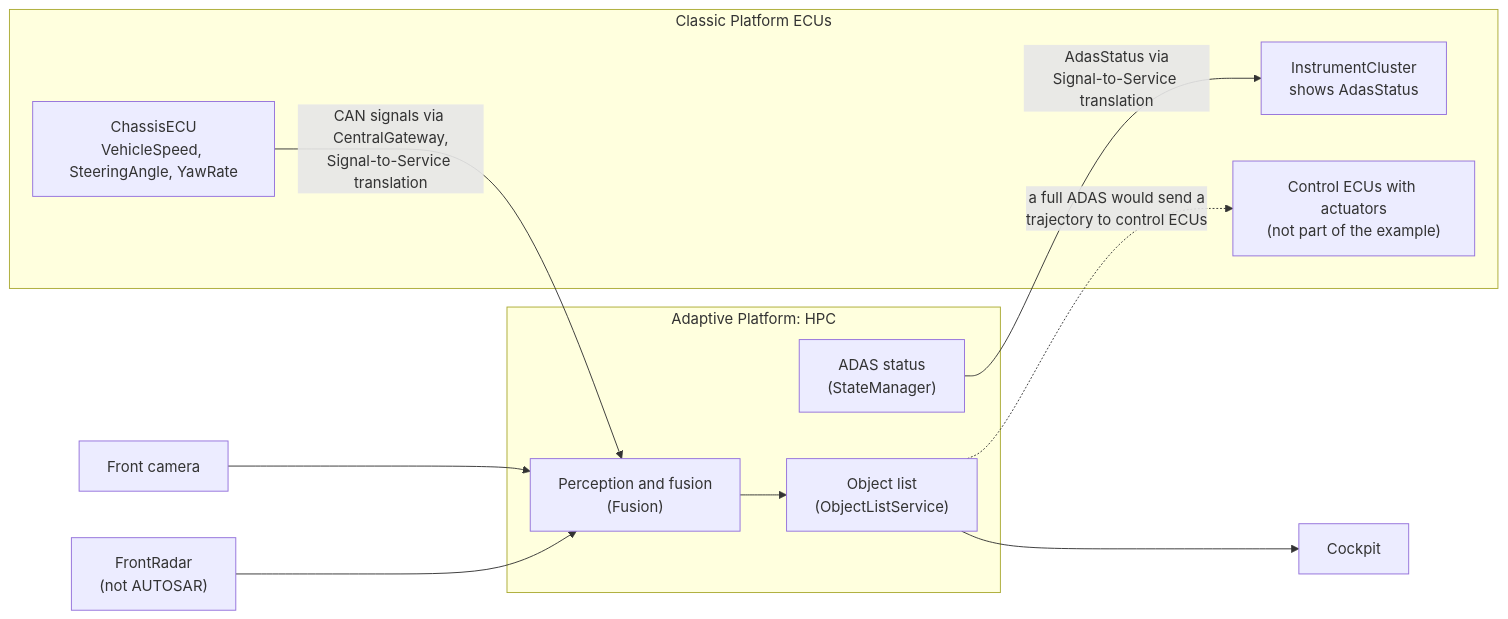
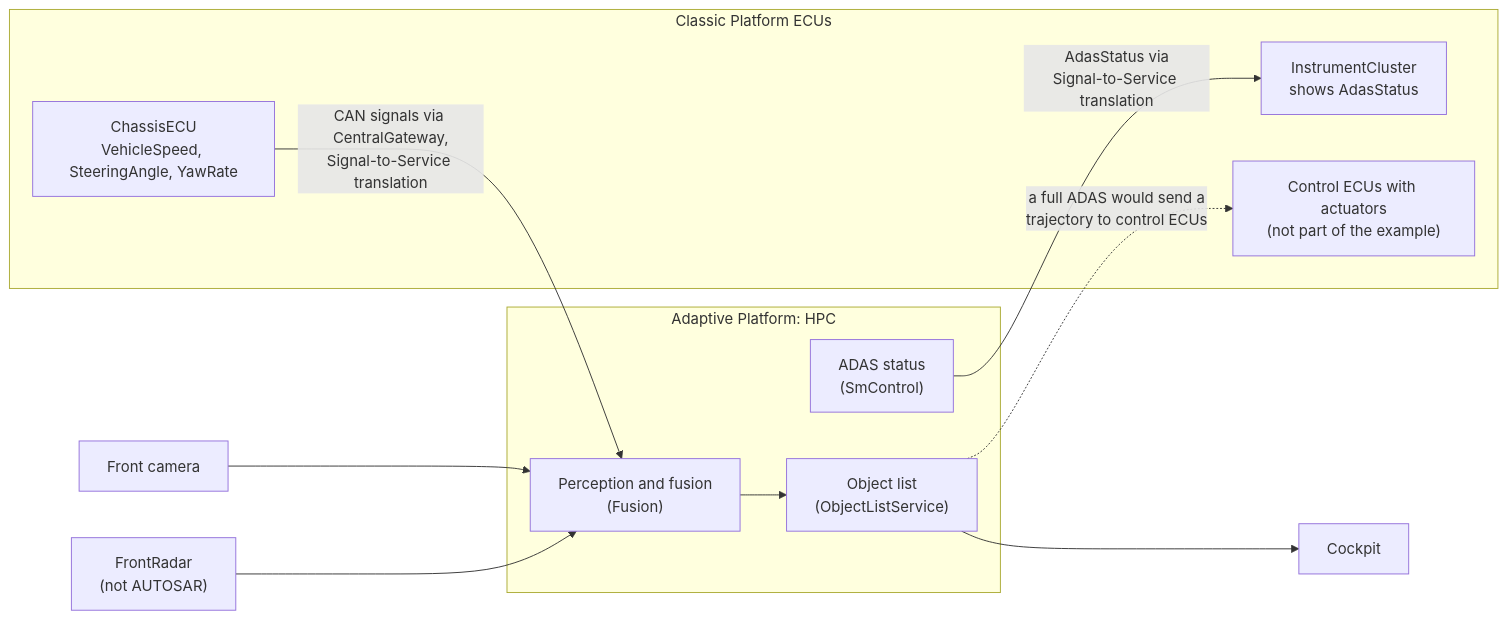
The third of 15 diagrams in guides/01_PlatformOverview.md (cavoidcodon/adaptive-guides), drawn with Mermaid before and after one commit. The commit also changed other lines of this file and 6 other files, not shown here.

````diff
--- a/guides/01_PlatformOverview.md
+++ b/guides/01_PlatformOverview.md
@@ -470,20 +470,20 @@
 ```mermaid
 flowchart LR
     subgraph CPW["Classic Platform ECUs"]
         CH["ChassisECU<br/>VehicleSpeed, SteeringAngle, YawRate"]
         IC["InstrumentCluster<br/>shows AdasStatus"]
         ACT["Control ECUs with actuators<br/>(not part of the example)"]
     end
     subgraph APW["Adaptive Platform: HPC"]
         FU["Perception and fusion<br/>(Fusion)"]
         OL["Object list<br/>(ObjectListService)"]
-        SMG["ADAS status<br/>(StateManager)"]
+        SMG["ADAS status<br/>(SmControl)"]
     end
     CAM["Front camera"] --> FU
     FR["FrontRadar<br/>(not AUTOSAR)"] --> FU
     CH -->|"CAN signals via CentralGateway,<br/>Signal-to-Service translation"| FU
     FU --> OL
     OL --> CK["Cockpit"]
     SMG -->|"AdasStatus via<br/>Signal-to-Service translation"| IC
     OL -.->|"a full ADAS would send a<br/>trajectory to control ECUs"| ACT
 ```
````
